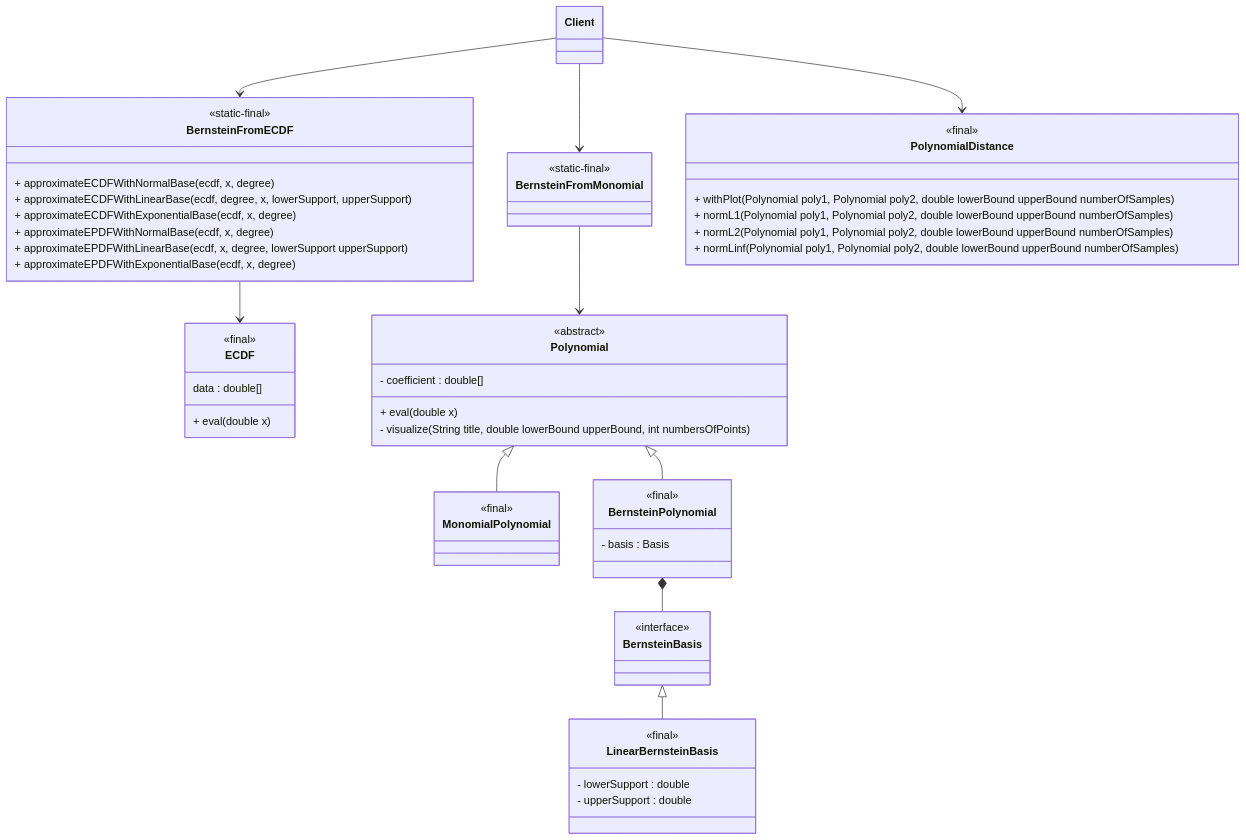
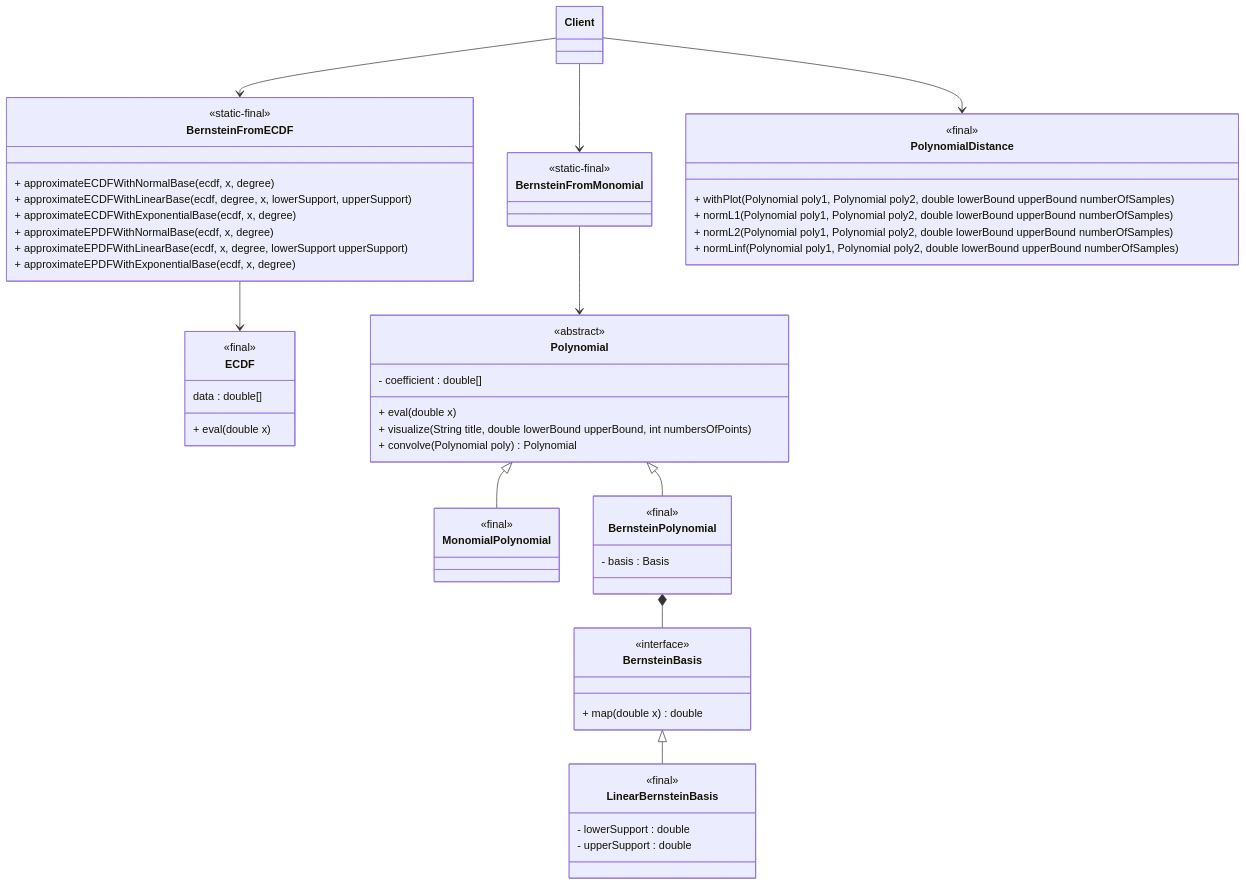
One commit to edoardosarri24/probabilistic-soft-real-time-analysis changed the diagram in report/images/2-bernstein/class_diagram.mmd. Above: the diagram before and after it, drawn with Mermaid. The commit also changed 9 other files, not shown here.

```diff
--- a/report/images/2-bernstein/class_diagram.mmd
+++ b/report/images/2-bernstein/class_diagram.mmd
@@ -1,68 +1,70 @@
 classDiagram
 
     %% BernsteinFromECDF
     class BernsteinFromECDF {
         <<static-final>>
         + approximateECDFWithNormalBase(ecdf, x, degree)
         + approximateECDFWithLinearBase(ecdf, degree, x, lowerSupport, upperSupport)
         + approximateECDFWithExponentialBase(ecdf, x, degree)
         + approximateEPDFWithNormalBase(ecdf, x, degree)
         + approximateEPDFWithLinearBase(ecdf, x, degree, lowerSupport upperSupport)
         + approximateEPDFWithExponentialBase(ecdf, x, degree)
     }
 
     class ECDF {
         <<final>>
         data : double[]
         + eval(double x)
     }
 
     %% BernsteinFromMonomial
     class BernsteinFromMonomial {
         <<static-final>>
     }
 
     class Polynomial {
         <<abstract>>
         - coefficient : double[]
         + eval(double x)
-        - visualize(String title, double lowerBound upperBound, int numbersOfPoints)
+        + visualize(String title, double lowerBound upperBound, int numbersOfPoints)
+        + convolve(Polynomial poly) Polynomial
     }
 
     class MonomialPolynomial {
         <<final>>
     }
 
     class BernsteinPolynomial {
         <<final>>
         - basis : Basis
     }
 
     class BernsteinBasis {
         <<interface>>
+        + map(double x) double
     }
 
     class LinearBernsteinBasis {
         <<final>>
         - lowerSupport : double
         - upperSupport : double
     }
 
     class PolynomialDistance {
         <<final>>
         + withPlot(Polynomial poly1, Polynomial poly2, double lowerBound upperBound numberOfSamples)
         + normL1(Polynomial poly1, Polynomial poly2, double lowerBound upperBound numberOfSamples)
         + normL2(Polynomial poly1, Polynomial poly2, double lowerBound upperBound numberOfSamples)
         + normLinf(Polynomial poly1, Polynomial poly2, double lowerBound upperBound numberOfSamples)
     }
 
     %% Relation
     Client --> BernsteinFromMonomial
     Client --> BernsteinFromECDF
     Client --> PolynomialDistance
     BernsteinFromMonomial --> Polynomial
     Polynomial <|-- MonomialPolynomial
     Polynomial <|-- BernsteinPolynomial
     BernsteinPolynomial *-- BernsteinBasis
     BernsteinBasis <|-- LinearBernsteinBasis
     BernsteinFromECDF --> ECDF
```
